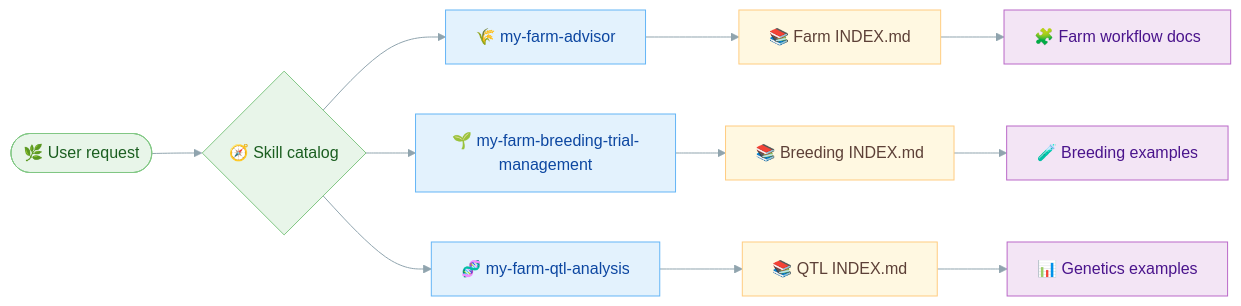
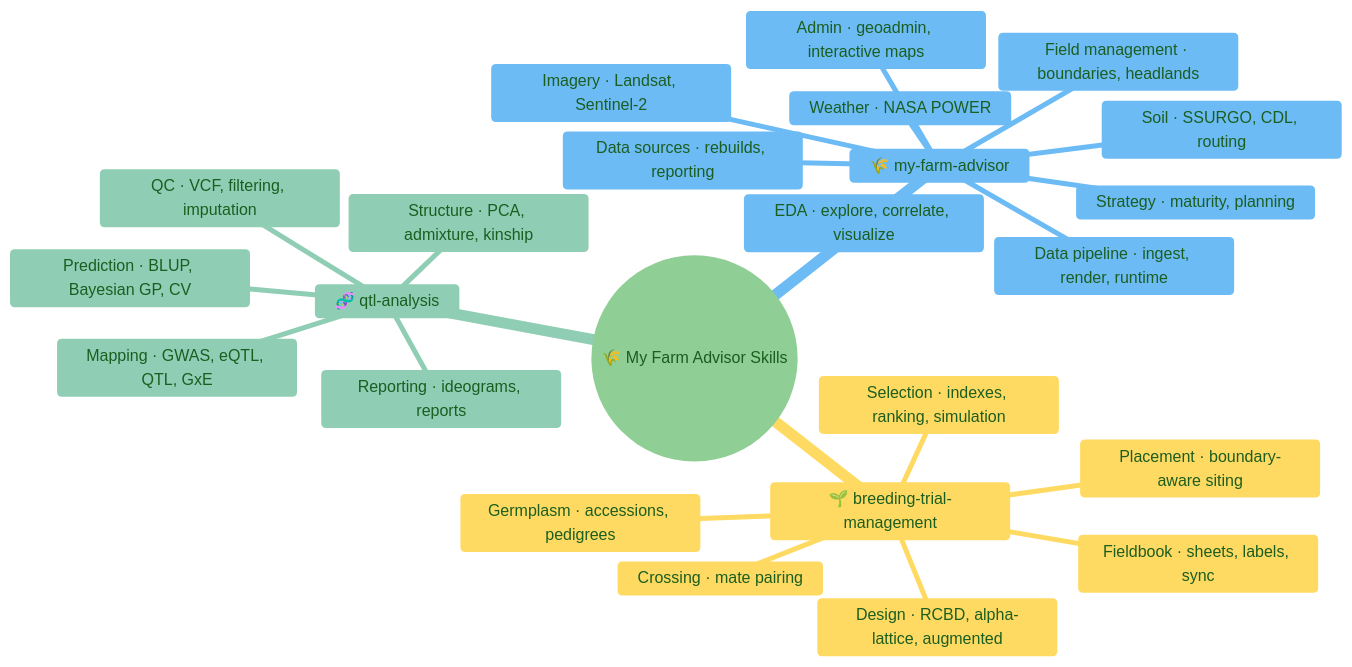
Before and after one commit to borealBytes/my-farm-advisor-skills: the first of 4 diagrams in README.md, drawn with Mermaid. The commit also changed other lines of this file and 67 other files, not shown here.

Commit message:
Showcase README (gallery + coverage matrix + typed diagrams); committed example outputs per amended asset policy; geo-reprojected field-map renderer; QTL/breeding figure fixtures restored; stale mono paths fixed; validator PASS

````diff
--- a/README.md
+++ b/README.md
@@ -38,27 +89,28 @@
 ```mermaid
 %%{init: {"theme":"base","themeVariables":{"primaryColor":"#e8f5e9","primaryTextColor":"#1b5e20","primaryBorderColor":"#81c784","lineColor":"#90a4ae","secondaryColor":"#e3f2fd","tertiaryColor":"#fff8e1"}}}%%
-flowchart LR
-    request([🌿 User request]) --> catalog{🧭 Skill catalog}
-
-    catalog --> advisor[🌾 my-farm-advisor]
-    catalog --> breeding[🌱 my-farm-breeding-trial-management]
-    catalog --> qtl[🧬 my-farm-qtl-analysis]
-
-    advisor --> advisorIndex[📚 Farm INDEX.md]
-    breeding --> breedingIndex[📚 Breeding INDEX.md]
-    qtl --> qtlIndex[📚 QTL INDEX.md]
-
-    advisorIndex --> advisorDocs[🧩 Farm workflow docs]
-    breedingIndex --> breedingDocs[🧪 Breeding examples]
-    qtlIndex --> qtlDocs[📊 Genetics examples]
-
-    classDef entry fill:#e8f5e9,stroke:#81c784,color:#1b5e20,stroke-width:1px
-    classDef skill fill:#e3f2fd,stroke:#64b5f6,color:#0d47a1,stroke-width:1px
-    classDef index fill:#fff8e1,stroke:#ffcc80,color:#5d4037,stroke-width:1px
-    classDef docs fill:#f3e5f5,stroke:#ba68c8,color:#4a148c,stroke-width:1px
-
-    class request,catalog entry
-    class advisor,breeding,qtl skill
-    class advisorIndex,breedingIndex,qtlIndex index
-    class advisorDocs,breedingDocs,qtlDocs docs
+mindmap
+  root((🌾 My Farm Advisor Skills))
+    🌾 my-farm-advisor
+      Admin · geoadmin, interactive maps
+      Data sources · rebuilds, reporting
+      EDA · explore, correlate, visualize
+      Field management · boundaries, headlands
+      Imagery · Landsat, Sentinel-2
+      Soil · SSURGO, CDL, routing
+      Strategy · maturity, planning
+      Weather · NASA POWER
+      Data pipeline · ingest, render, runtime
+    🌱 breeding-trial-management
+      Design · RCBD, alpha-lattice, augmented
+      Fieldbook · sheets, labels, sync
+      Placement · boundary-aware siting
+      Germplasm · accessions, pedigrees
+      Selection · indexes, ranking, simulation
+      Crossing · mate pairing
+    🧬 qtl-analysis
+      Mapping · GWAS, eQTL, QTL, GxE
+      QC · VCF, filtering, imputation
+      Structure · PCA, admixture, kinship
+      Prediction · BLUP, Bayesian GP, CV
+      Reporting · ideograms, reports
 ```
````
